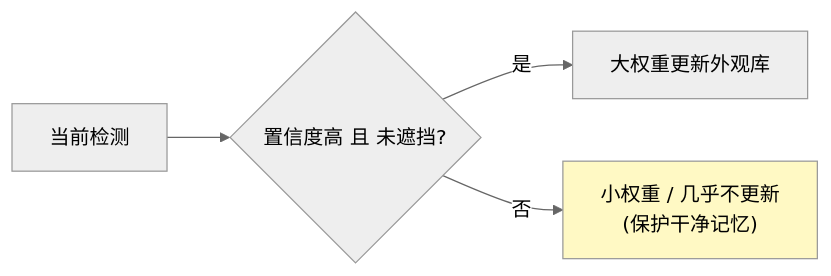
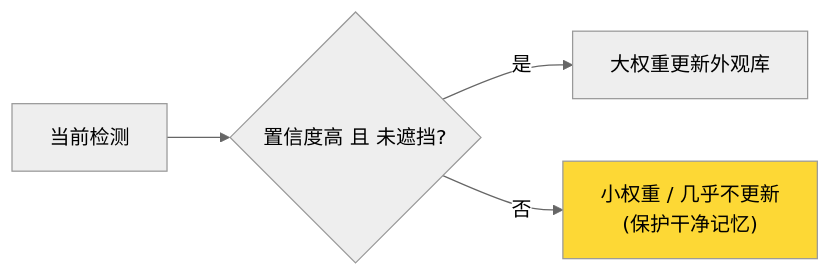
One commit to yyq19990828/onnxtools changed the second of 4 diagrams in docs/guides/tracking/deep-ocsort.md. Above: the diagram before and after it, drawn with Mermaid (neutral theme). The commit also changed other lines of this file and 12 other files, not shown here.

First line of the commit message:
fix(docs): 修复 mermaid 暗色模式配色 + 语法报错 + 数学公式渲染

````diff
--- a/docs/guides/tracking/deep-ocsort.md
+++ b/docs/guides/tracking/deep-ocsort.md
@@ -34,7 +34,7 @@
 ```mermaid
 graph LR
     DET["当前检测"] --> Q{"置信度高 且 未遮挡?"}
     Q -->|是| HIGH["大权重更新外观库"]
     Q -->|否| LOW["小权重 / 几乎不更新<br/>(保护干净记忆)"]
-    style LOW fill:#fff9c4
+    style LOW fill:#fdd835
 ```
````
